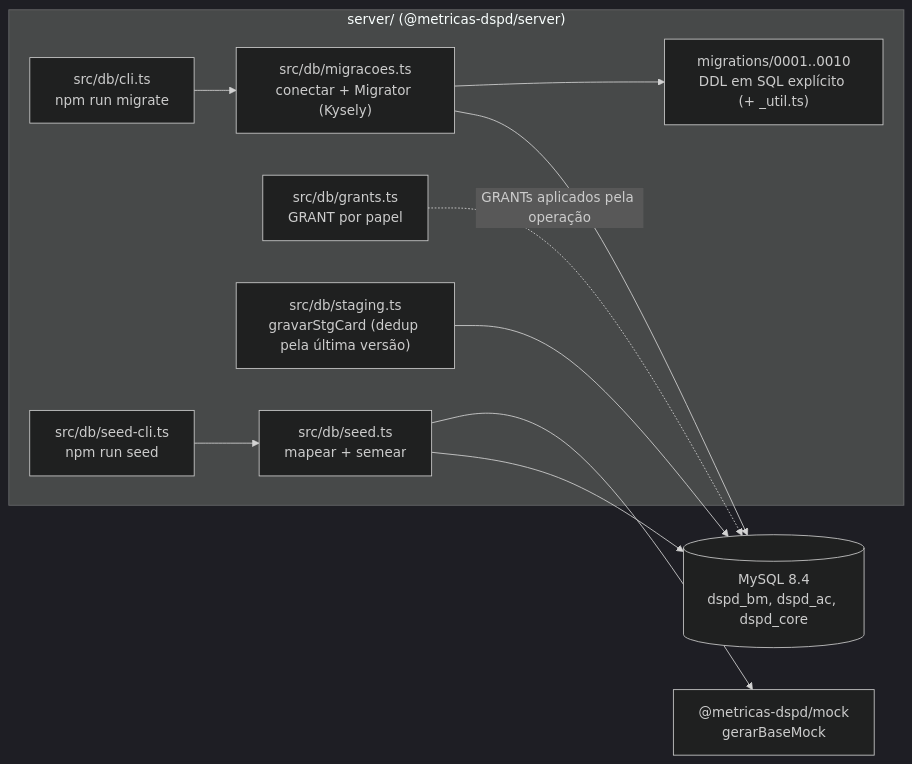
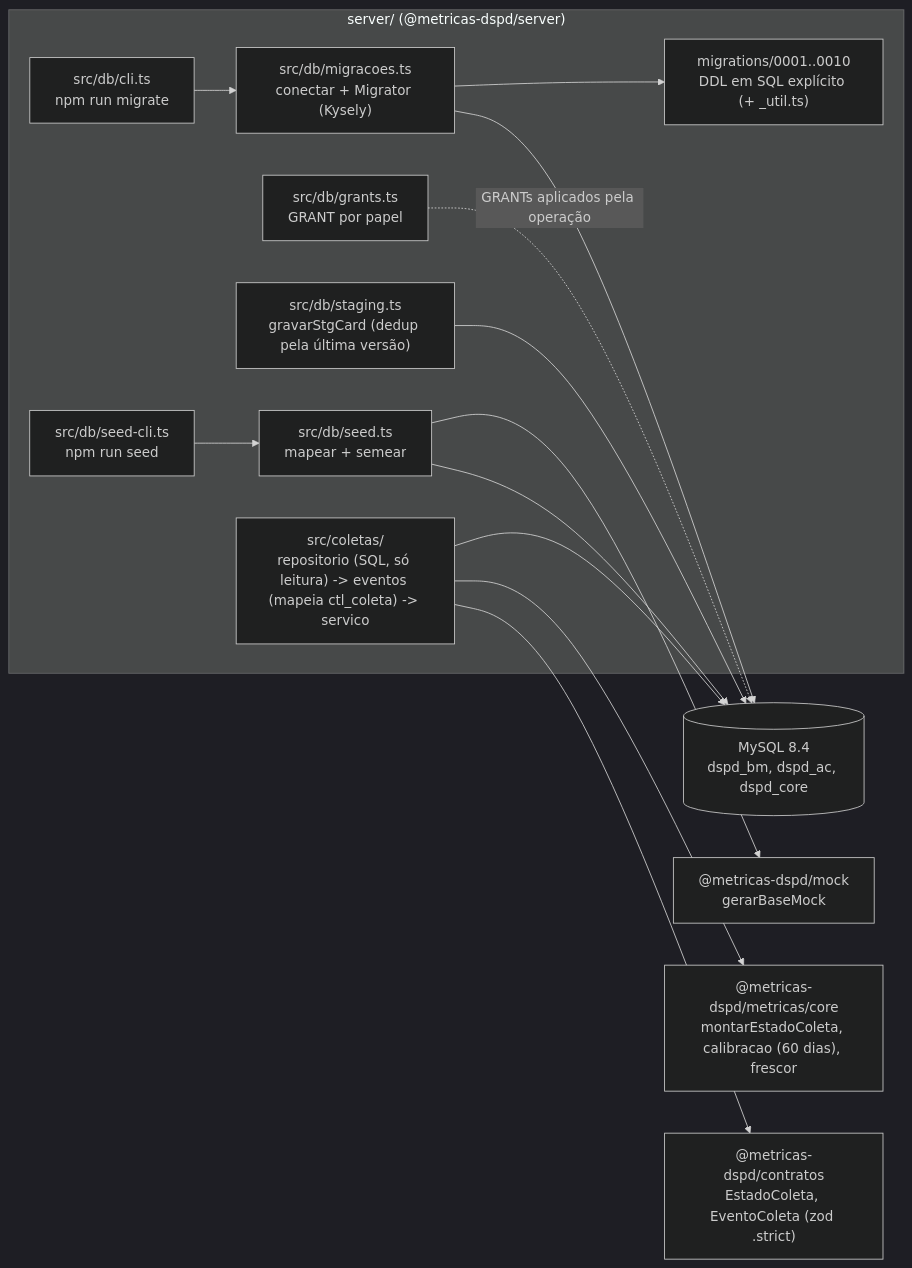
The first of 4 diagrams in docs/architecture/server.md (rodrigo-isensee/MetricasDSPD), drawn with Mermaid (dark theme) before and after one commit. The commit also changed other lines of this file and 22 other files, not shown here.

First line of the commit message:
feat(server): estado de coleta por fonte, frescor, calibração e histórico (integração real B1-B4)

````diff
--- a/docs/architecture/server.md
+++ b/docs/architecture/server.md
@@ -7,20 +7,26 @@
 ```mermaid
 flowchart LR
   subgraph server["server/ (@metricas-dspd/server)"]
     cli["src/db/cli.ts<br/>npm run migrate"]
     mig["src/db/migracoes.ts<br/>conectar + Migrator (Kysely)"]
     mg["migrations/0001..0010<br/>DDL em SQL explícito (+ _util.ts)"]
     gr["src/db/grants.ts<br/>GRANT por papel"]
     stg["src/db/staging.ts<br/>gravarStgCard (dedup pela última versão)"]
     seed["src/db/seed.ts<br/>mapear + semear"]
     scli["src/db/seed-cli.ts<br/>npm run seed"]
+    col["src/coletas/<br/>repositorio (SQL, só leitura) -> eventos (mapeia ctl_coleta) -> servico"]
   end
+  lib["@metricas-dspd/metricas/core<br/>montarEstadoColeta, calibracao (60 dias), frescor"]
+  ctr["@metricas-dspd/contratos<br/>EstadoColeta, EventoColeta (zod .strict)"]
   mock["@metricas-dspd/mock<br/>gerarBaseMock"]
   db[("MySQL 8.4<br/>dspd_bm, dspd_ac, dspd_core")]
   cli --> mig --> mg
   mig --> db
   gr -. "GRANTs aplicados pela operação" .-> db
   stg --> db
   scli --> seed --> mock
   seed --> db
+  col --> db
+  col --> lib
+  col --> ctr
 ```
````
